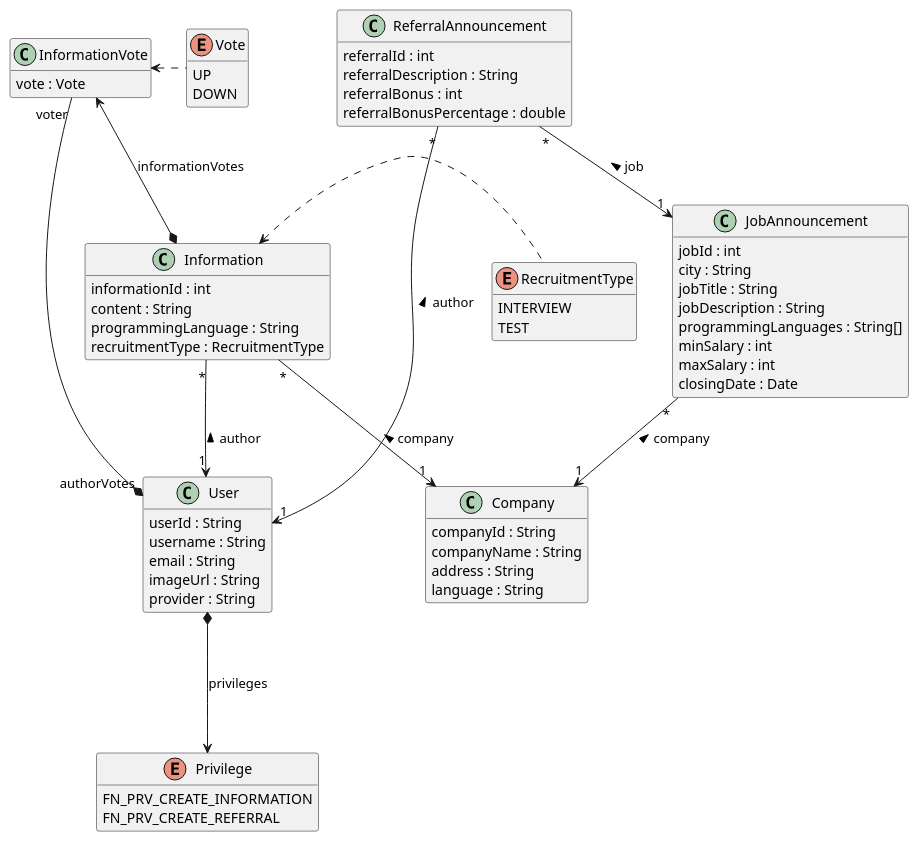
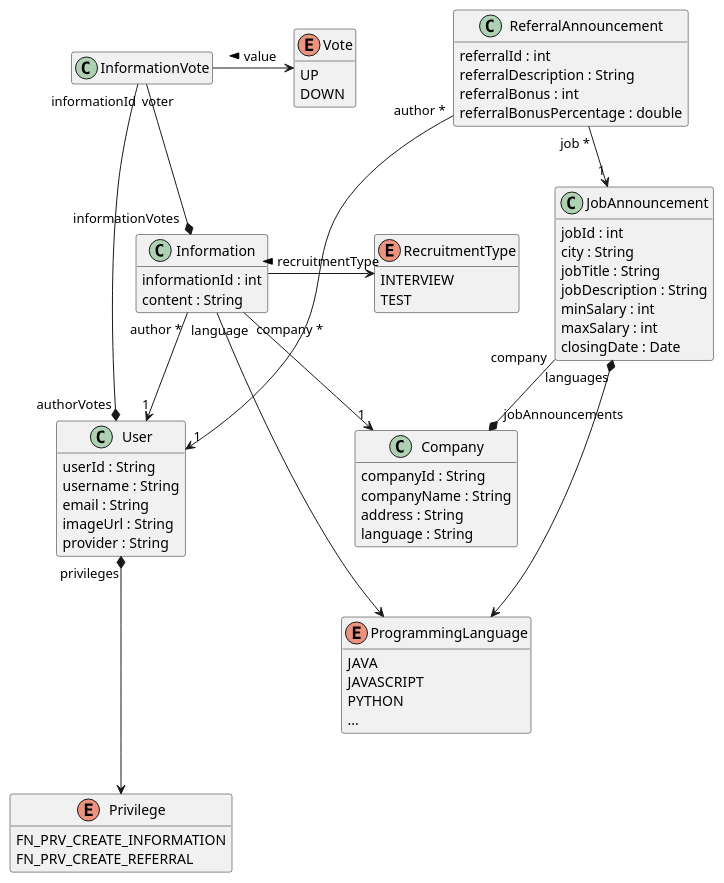
Before and after one commit to poznas/hydra-aimo: the diagram in hydra_business_class_diagram.puml, drawn with PlantUML. The commit also changed 1 other file, not shown here.

Commit message:
fix business class diagram

```diff
--- a/hydra_business_class_diagram.puml
+++ b/hydra_business_class_diagram.puml
@@ -1,81 +1,86 @@
 @startuml
 
 hide empty members
 
 class User {
     userId : String
     username : String
     email : String
     imageUrl : String
     provider : String
 }
 
 enum Privilege {
     FN_PRV_CREATE_INFORMATION
     FN_PRV_CREATE_REFERRAL
 }
 
 class Company {
     companyId : String
     companyName : String
     address : String
     language : String
 }
 
 enum RecruitmentType {
     INTERVIEW
     TEST
 }
 
 class Information {
     informationId : int
     content : String
-    programmingLanguage : String
-    recruitmentType : RecruitmentType
 }
 
 enum Vote {
     UP
     DOWN
 }
 
 class InformationVote {
-    vote : Vote
 }
 
 class JobAnnouncement {
     jobId : int
     city : String
     jobTitle : String
-    jobDescription : String 
-    programmingLanguages : String[]
+    jobDescription : String
     minSalary : int
     maxSalary : int 
     closingDate : Date
+}
+
+enum ProgrammingLanguage {
+    JAVA
+    JAVASCRIPT
+    PYTHON
+    ...
 }
 
 class ReferralAnnouncement {
     referralId : int
     referralDescription : String 
     referralBonus : int 
     referralBonusPercentage : double
 }
 
-User *---> Privilege : privileges
+User "privileges" *---> Privilege
 
-InformationVote <. Vote
-Information <. RecruitmentType
+InformationVote -> Vote : < value
+Information -> RecruitmentType : < recruitmentType
+JobAnnouncement "languages" *---> ProgrammingLanguage
+Information "language" ---> ProgrammingLanguage
 
-Information "*" --> "1" User : < author 
-Information "*" --> "1" Company : < company
+Information "author *" --> "1" User 
+Information "company *" --> "1" Company
 
 InformationVote "voter" --* "authorVotes" User 
-InformationVote <--* Information : informationVotes
+InformationVote "informationId" --* "informationVotes" Information
 
-JobAnnouncement "*" --> "1" Company : < company
+JobAnnouncement "company" --* "jobAnnouncements" Company 
 
-ReferralAnnouncement "*" --> "1" User : < author
-ReferralAnnouncement "*" --> "1" JobAnnouncement : < job
+ReferralAnnouncement "author *" --> "1" User
+ReferralAnnouncement "job *" --> "1" JobAnnouncement
 
 
 @enduml
```
